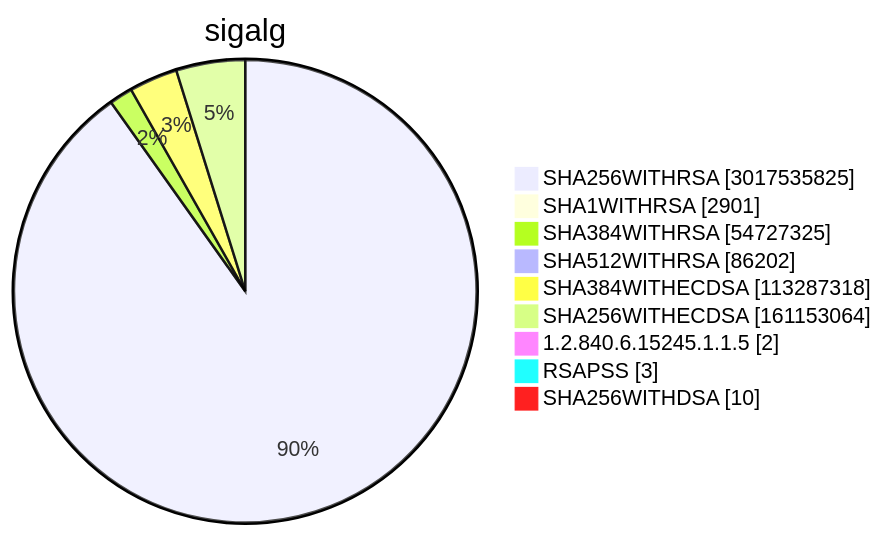
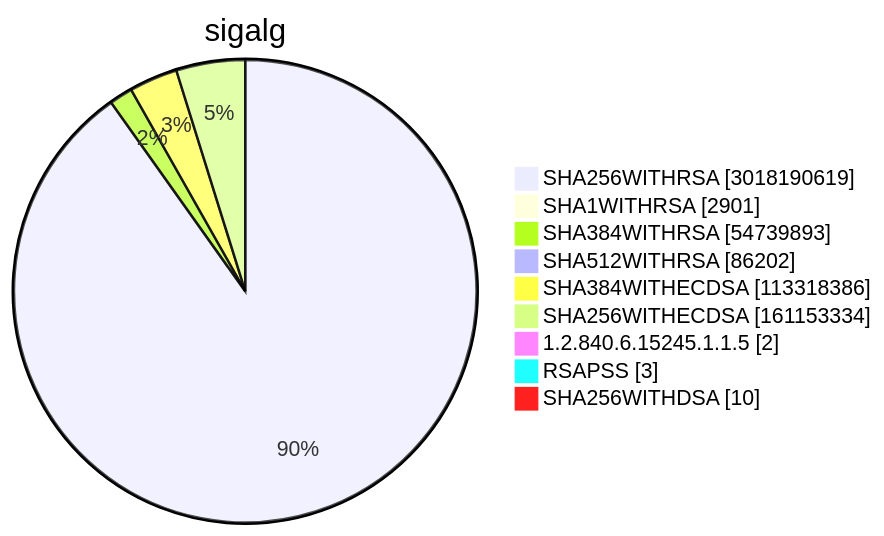
Diagram 15 of 15 in TOTAL/README.md (christiankrug/ctmonitor_visualization), drawn with Mermaid before and after one commit. The commit also changed other lines of this file, not shown here.

````diff
--- a/TOTAL/README.md
+++ b/TOTAL/README.md
@@ -6208,13 +6208,13 @@
 ```mermaid
 pie showData
 title sigalg
-"SHA256WITHRSA" :3017535825
+"SHA256WITHRSA" :3018190619
 "SHA1WITHRSA" :2901
-"SHA384WITHRSA" :54727325
+"SHA384WITHRSA" :54739893
 "SHA512WITHRSA" :86202
-"SHA384WITHECDSA" :113287318
-"SHA256WITHECDSA" :161153064
+"SHA384WITHECDSA" :113318386
+"SHA256WITHECDSA" :161153334
 "1.2.840.6.15245.1.1.5" :2
 "RSAPSS" :3
 "SHA256WITHDSA" :10
 ```
````
